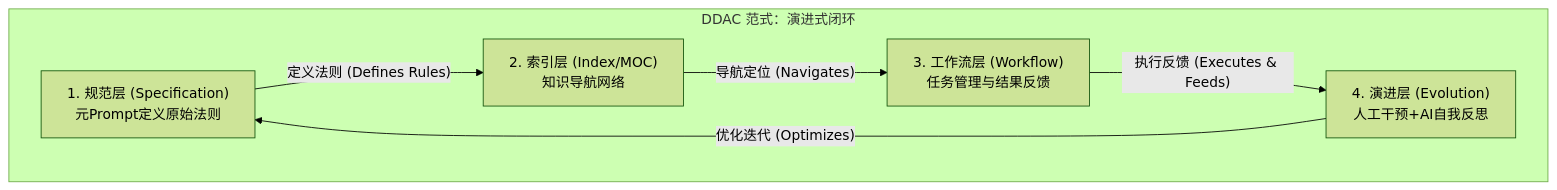
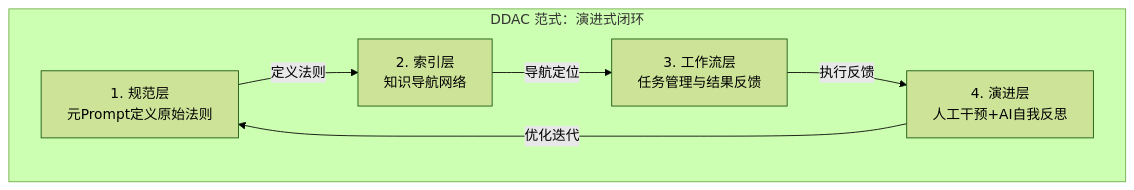
Before and after one commit to ArnoFrost/DDAC: the first of 2 diagrams in README.md, drawn with Mermaid (forest theme). The commit also changed other lines of this file and 1 other file, not shown here.

````diff
--- a/README.md
+++ b/README.md
@@ -75,14 +86,14 @@
 ```mermaid
 graph TD
     subgraph "DDAC 范式：演进式闭环"
-        A -- "定义法则 (Defines Rules)" --> B;
-        B -- "导航定位 (Navigates)" --> C;
-        C -- "执行反馈 (Executes & Feeds)" --> D;
-        D -- "优化迭代 (Optimizes)" --> A;
+        A -- "定义法则" --> B;
+        B -- "导航定位" --> C;
+        C -- "执行反馈" --> D;
+        D -- "优化迭代" --> A;
     end
 
-    A["1. 规范层 (Specification)<br>元Prompt定义原始法则"]
-    B["2. 索引层 (Index/MOC)<br>知识导航网络"]
-    C["3. 工作流层 (Workflow)<br>任务管理与结果反馈"]
-    D["4. 演进层 (Evolution)<br>人工干预+AI自我反思"]
+    A["1. 规范层<br>元Prompt定义原始法则"]
+    B["2. 索引层<br>知识导航网络"]
+    C["3. 工作流层<br>任务管理与结果反馈"]
+    D["4. 演进层<br>人工干预+AI自我反思"]
 ```
````
